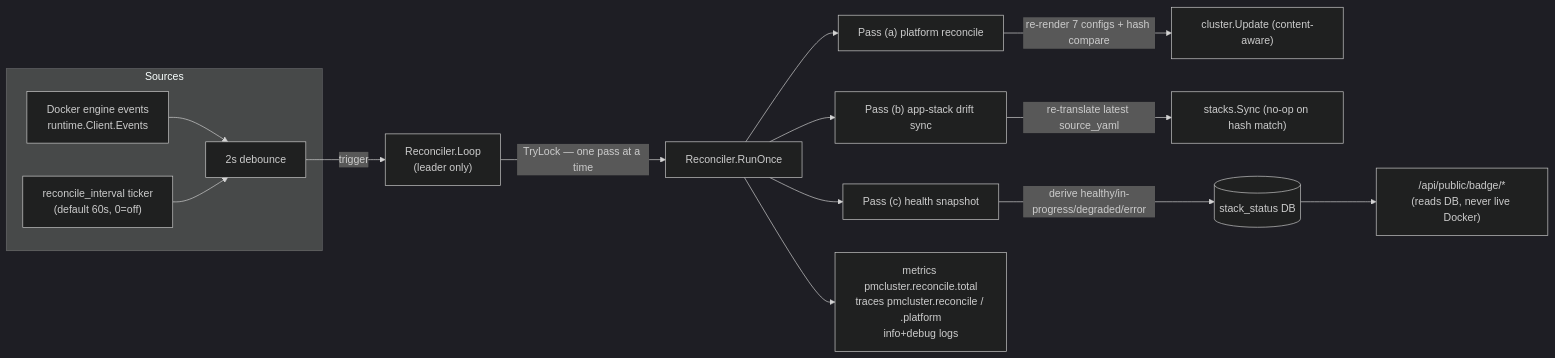
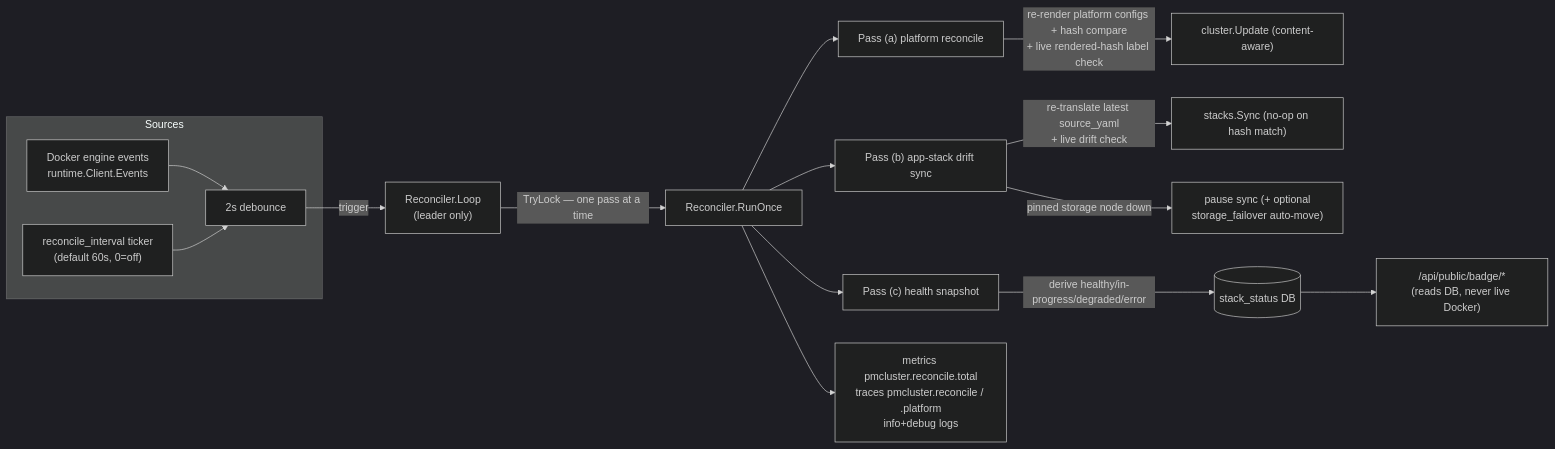
Before and after one commit to hazemarian/poor-man-cluster: the first of 2 diagrams in docs/control-loop-design.md, drawn with Mermaid (dark theme). The commit also changed other lines of this file and 184 other files, not shown here.

````diff
--- a/docs/control-loop-design.md
+++ b/docs/control-loop-design.md
@@ -9,17 +9,18 @@
 ```mermaid
 flowchart LR
   subgraph Sources
     DE["Docker engine events<br/>runtime.Client.Events"] --> DEB["2s debounce"]
     TICK["reconcile_interval ticker<br/>(default 60s, 0=off)"] --> DEB
   end
   DEB -->|"trigger"| LOOP["Reconciler.Loop<br/>(leader only)"]
   LOOP -->|"TryLock — one pass at a time"| RUN["Reconciler.RunOnce"]
   RUN --> P1["Pass (a) platform reconcile"]
   RUN --> P2["Pass (b) app-stack drift sync"]
   RUN --> P3["Pass (c) health snapshot"]
-  P1 -->|"re-render 7 configs + hash compare"| UPD["cluster.Update (content-aware)"]
-  P2 -->|"re-translate latest source_yaml"| SYNC["stacks.Sync (no-op on hash match)"]
+  P1 -->|"re-render platform configs + hash compare<br/>+ live rendered-hash label check"| UPD["cluster.Update (content-aware)"]
+  P2 -->|"re-translate latest source_yaml<br/>+ live drift check"| SYNC["stacks.Sync (no-op on hash match)"]
+  P2 -->|"pinned storage node down"| PAUSE["pause sync (+ optional<br/>storage_failover auto-move)"]
   P3 -->|"derive healthy/in-progress/degraded/error"| SS[("stack_status DB")]
   SS --> BADGE["/api/public/badge/*<br/>(reads DB, never live Docker)"]
   RUN --> OBS["metrics pmcluster.reconcile.total<br/>traces pmcluster.reconcile / .platform<br/>info+debug logs"]
 ```
````
